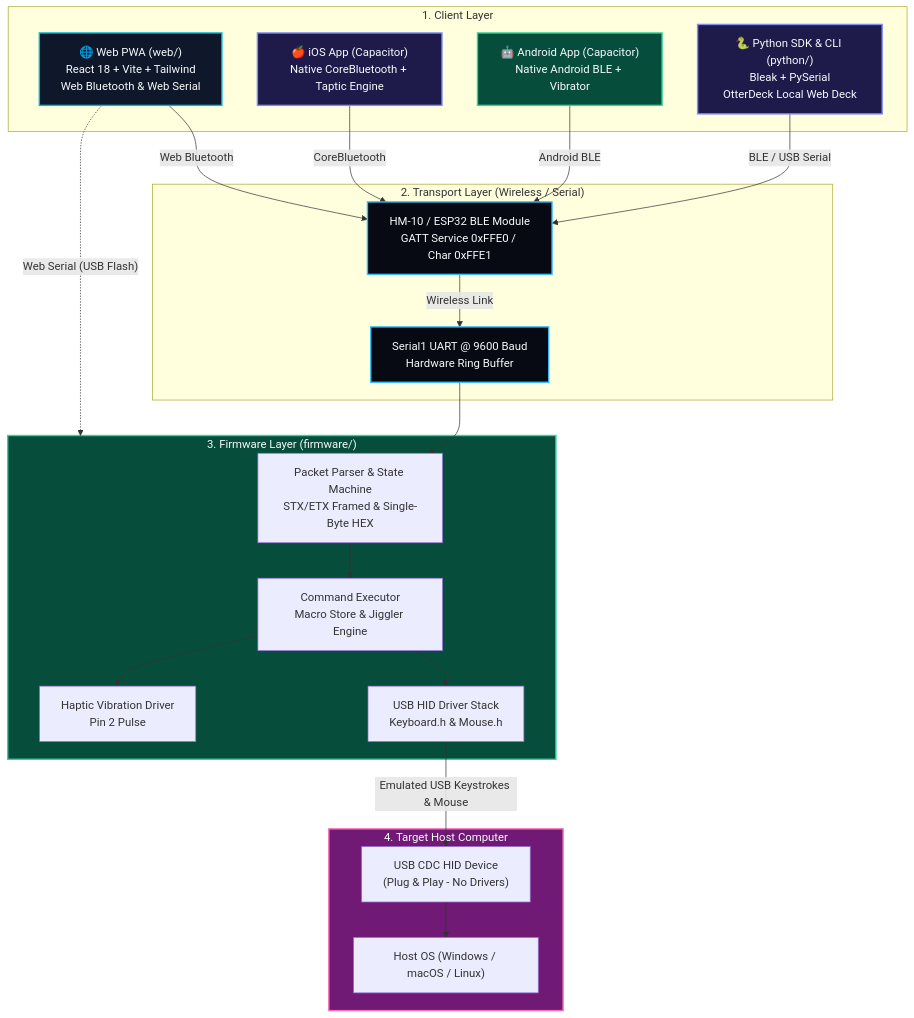
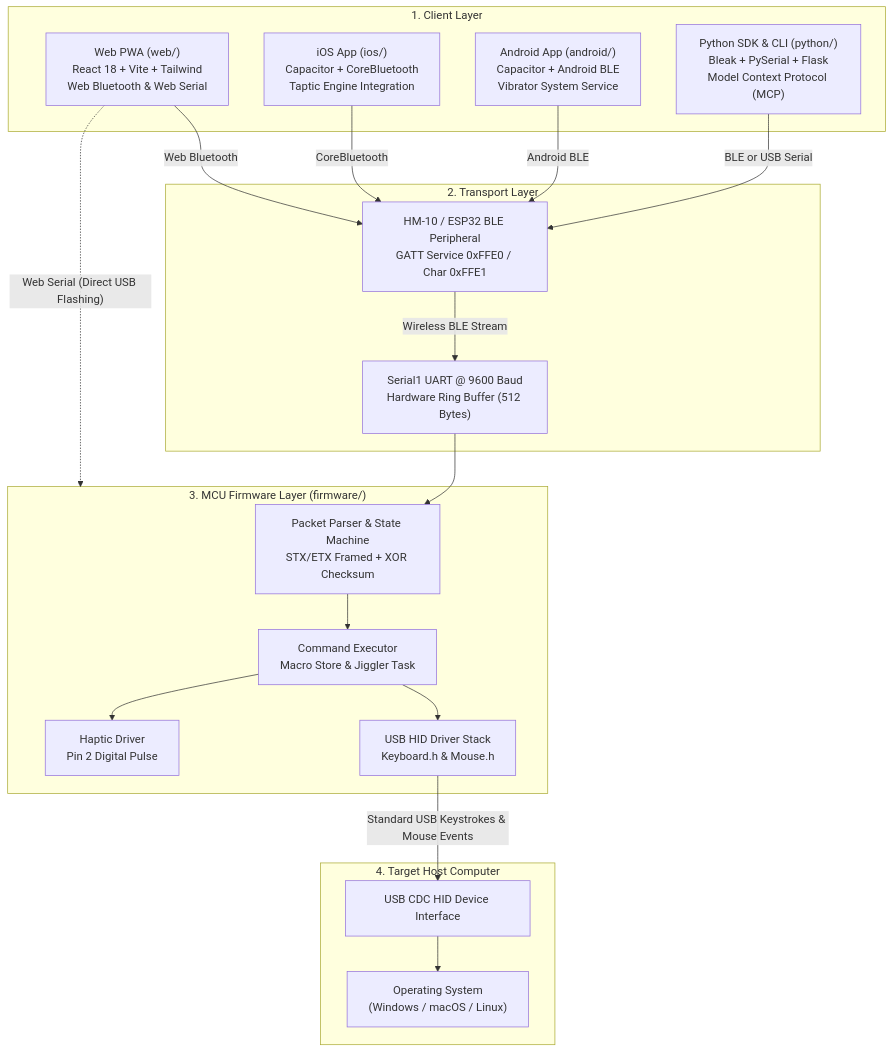
Before and after one commit to AtaCanYmc/RubberOtter: the diagram in README.md, drawn with Mermaid. The commit also changed other lines of this file and 10 other files, not shown here.

````diff
--- a/README.md
+++ b/README.md
@@ -41,49 +32,40 @@
 ```mermaid
-graph TD
+flowchart TD
     subgraph Clients["1. Client Layer"]
-        WEB["🌐 Web PWA (web/)<br/>React 18 + Vite + Tailwind<br/>Web Bluetooth & Web Serial"]
-        IOS["🍎 iOS App (Capacitor)<br/>Native CoreBluetooth + Taptic Engine"]
-        AND["🤖 Android App (Capacitor)<br/>Native Android BLE + Vibrator"]
-        PY_SDK["🐍 Python SDK & CLI (python/)<br/>Bleak + PySerial<br/>OtterDeck Local Web Deck"]
+        WEB["Web PWA (web/)<br/>React 18 + Vite + Tailwind<br/>Web Bluetooth & Web Serial"]
+        IOS["iOS App (ios/)<br/>Capacitor + CoreBluetooth<br/>Taptic Engine Integration"]
+        AND["Android App (android/)<br/>Capacitor + Android BLE<br/>Vibrator System Service"]
+        PY["Python SDK & CLI (python/)<br/>Bleak + PySerial + Flask<br/>Model Context Protocol (MCP)"]
     end
 
-    subgraph Transport["2. Transport Layer (Wireless / Serial)"]
-        BLE["HM-10 / ESP32 BLE Module<br/>GATT Service 0xFFE0 / Char 0xFFE1"]
-        UART["Serial1 UART @ 9600 Baud<br/>Hardware Ring Buffer"]
-        BLE -->|"Wireless Link"| UART
+    subgraph Transport["2. Transport Layer"]
+        BLE["HM-10 / ESP32 BLE Peripheral<br/>GATT Service 0xFFE0 / Char 0xFFE1"]
+        UART["Serial1 UART @ 9600 Baud<br/>Hardware Ring Buffer (512 Bytes)"]
+        BLE -->|"Wireless BLE Stream"| UART
     end
 
-    subgraph FirmwareLayer["3. Firmware Layer (firmware/)"]
-        PARSER["Packet Parser & State Machine<br/>STX/ETX Framed & Single-Byte HEX"]
-        EXEC["Command Executor<br/>Macro Store & Jiggler Engine"]
+    subgraph Firmware["3. MCU Firmware Layer (firmware/)"]
+        PARSER["Packet Parser & State Machine<br/>STX/ETX Framed + XOR Checksum"]
+        EXEC["Command Executor<br/>Macro Store & Jiggler Task"]
         HID["USB HID Driver Stack<br/>Keyboard.h & Mouse.h"]
-        VIB["Haptic Vibration Driver<br/>Pin 2 Pulse"]
+        VIB["Haptic Driver<br/>Pin 2 Digital Pulse"]
 
         UART --> PARSER
         PARSER --> EXEC
         EXEC --> HID
         EXEC --> VIB
     end
 
-    subgraph TargetPC["4. Target Host Computer"]
-        USB["USB CDC HID Device<br/>(Plug & Play - No Drivers)"]
-        OS["Host OS (Windows / macOS / Linux)"]
-        HID -->|"Emulated USB Keystrokes & Mouse"| USB
+    subgraph Target["4. Target Host Computer"]
+        USB["USB CDC HID Device Interface"]
+        OS["Operating System<br/>(Windows / macOS / Linux)"]
+        HID -->|"Standard USB Keystrokes & Mouse Events"| USB
         USB --> OS
     end
 
     WEB -->|"Web Bluetooth"| BLE
-    WEB -.->|"Web Serial (USB Flash)"| FirmwareLayer
+    WEB -.->|"Web Serial (Direct USB Flashing)"| Firmware
     IOS -->|"CoreBluetooth"| BLE
     AND -->|"Android BLE"| BLE
-    PY_SDK -->|"BLE / USB Serial"| BLE
-
-    style WEB fill:#0f172a,stroke:#06b6d4,stroke-width:2px,color:#f8fafc
-    style IOS fill:#1e1b4b,stroke:#818cf8,stroke-width:2px,color:#f8fafc
-    style AND fill:#064e3b,stroke:#34d399,stroke-width:2px,color:#f8fafc
-    style PY_SDK fill:#1e1b4b,stroke:#818cf8,stroke-width:2px,color:#f8fafc
-    style BLE fill:#070a12,stroke:#38bdf8,stroke-width:2px,color:#f8fafc
-    style UART fill:#070a12,stroke:#38bdf8,stroke-width:2px,color:#f8fafc
-    style FirmwareLayer fill:#064e3b,stroke:#34d399,stroke-width:2px,color:#f8fafc
-    style TargetPC fill:#701a75,stroke:#f472b6,stroke-width:2px,color:#f8fafc
+    PY -->|"BLE or USB Serial"| BLE
 ```
````
